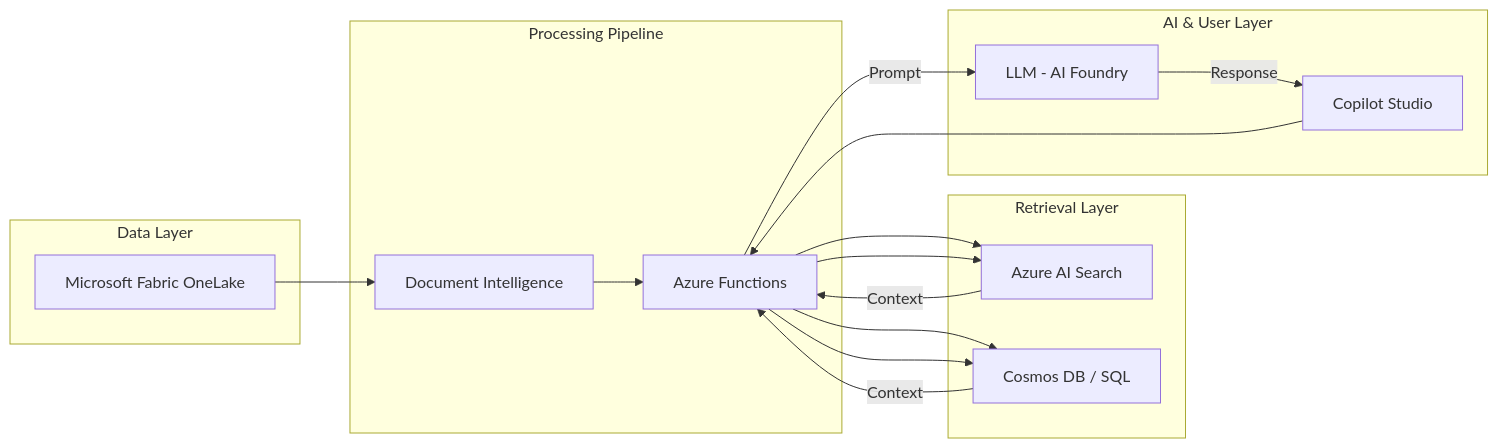
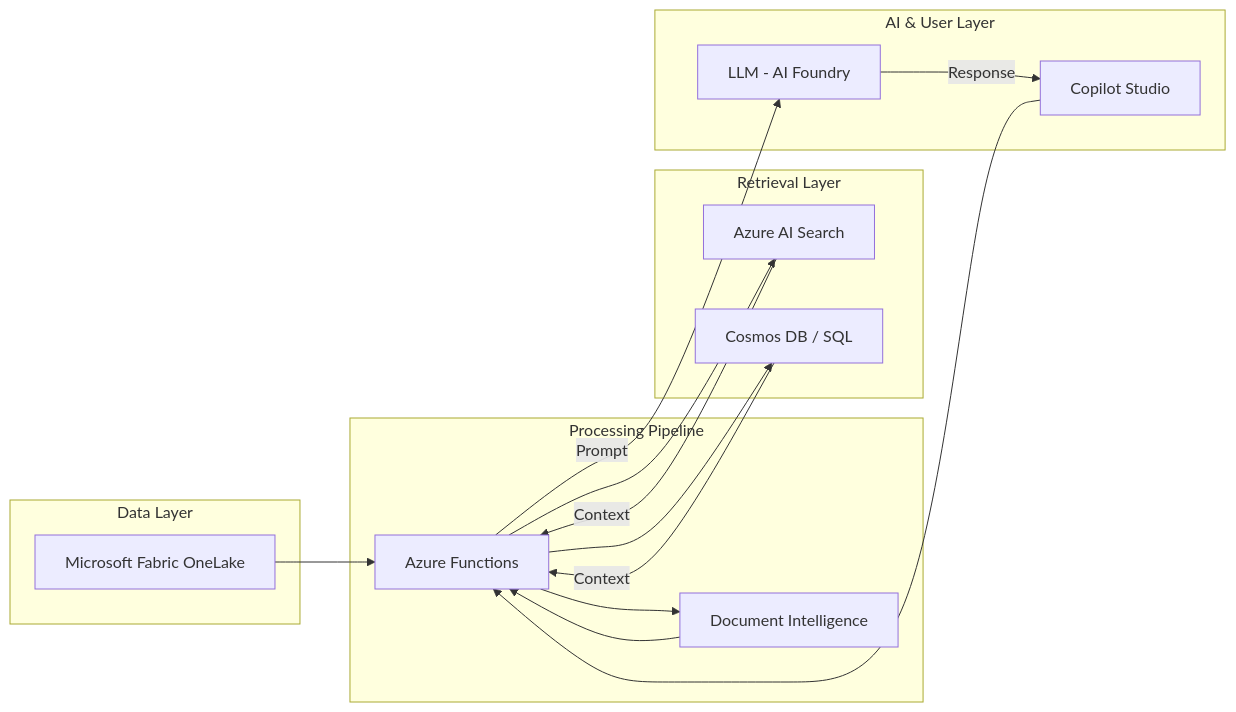
Before and after one commit to aryangupta-sudo/PGIM: the diagram in architect.md, drawn with Mermaid.

````diff
--- a/architect.md
+++ b/architect.md
@@ -1,30 +1,31 @@
 ```mermaid
 flowchart LR
     subgraph Storage ["Data Layer"]
         Fabric[Microsoft Fabric OneLake]
     end
 
     subgraph Pipeline ["Processing Pipeline"]
         AF[Azure Functions]
         DI[Document Intelligence]
     end
 
     subgraph Search ["Retrieval Layer"]
         AIS[Azure AI Search]
         CDB[Cosmos DB / SQL]
     end
 
     subgraph Interaction ["AI & User Layer"]
         CS[Copilot Studio]
         LLM[LLM - AI Foundry]
     end
 
-    Fabric --> DI --> AF
+    Fabric --> AF
+    AF --> DI
+    DI --> AF
     AF --> AIS & CDB
     CS --> AF
-    AF --> AIS & CDB
     AIS & CDB -- Context --> AF
     AF -- Prompt --> LLM
     LLM -- Response --> CS
 
   ```
````
